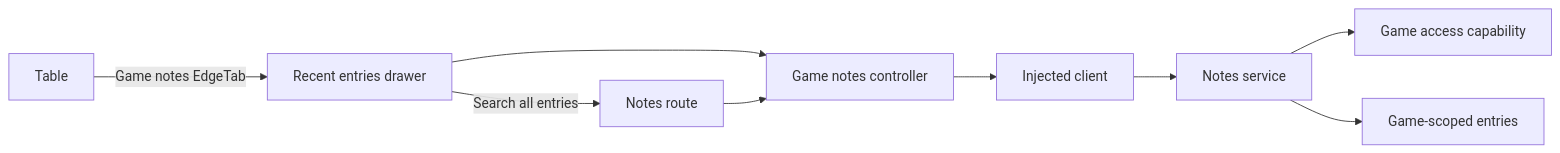
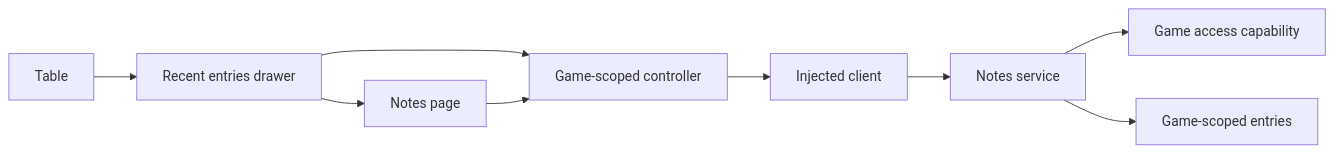
One commit to Mighty683/rpg-engine changed the second of 3 diagrams in docs/tasks/game-notes/tech.md. Above: the diagram before and after it, drawn with Mermaid. The commit also changed other lines of this file and 6 other files, not shown here.

Commit message:
Refine game notes UX and technical design

````diff
--- a/docs/tasks/game-notes/tech.md
+++ b/docs/tasks/game-notes/tech.md
@@ -27,11 +28,11 @@
 ```mermaid
 flowchart LR
-  Table -->|Game notes EdgeTab| Drawer[Recent entries drawer]
-  Drawer --> Controller
-  Drawer -->|Search all entries| Search[Notes route]
-  Search --> Controller[Game notes controller]
+  Table --> Drawer[Recent entries drawer]
+  Drawer --> Notes[Notes page]
+  Drawer --> Controller[Game-scoped controller]
+  Notes --> Controller
   Controller --> Client[Injected client]
   Client --> Service[Notes service]
   Service --> Access[Game access capability]
   Service --> Entries[Game-scoped entries]
 ```
````
